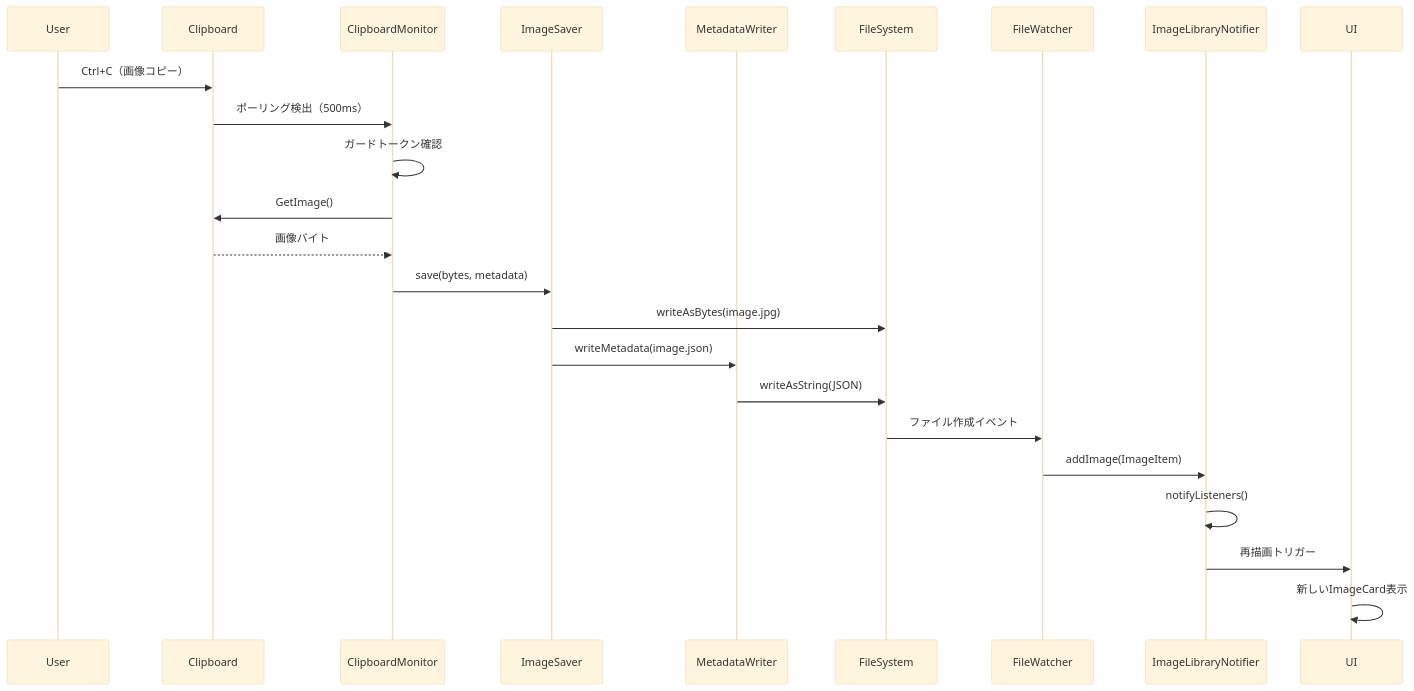
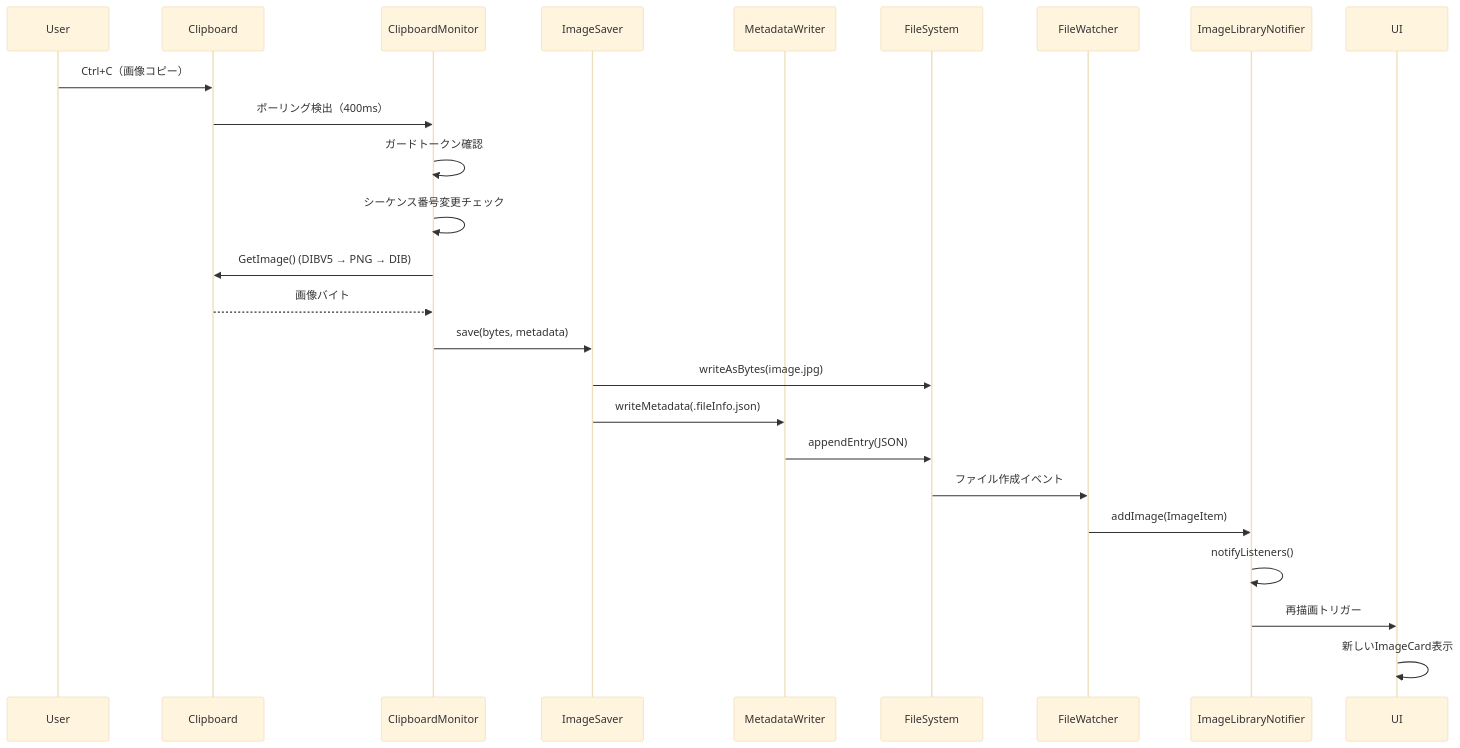
Before and after one commit to lietsee/clip-pix: the second of 11 diagrams in docs/architecture/data_flow.md, drawn with Mermaid (base theme). The commit also changed other lines of this file and 13 other files, not shown here.

````diff
--- a/docs/architecture/data_flow.md
+++ b/docs/architecture/data_flow.md
@@ -69,27 +90,28 @@
 ```mermaid
 sequenceDiagram
     participant User
     participant Clipboard
     participant CBM as ClipboardMonitor
     participant IS as ImageSaver
     participant MW as MetadataWriter
     participant FS as FileSystem
     participant FW as FileWatcher
     participant ILN as ImageLibraryNotifier
     participant UI
 
     User->>Clipboard: Ctrl+C（画像コピー）
-    Clipboard->>CBM: ポーリング検出（500ms）
+    Clipboard->>CBM: ポーリング検出（400ms）
     CBM->>CBM: ガードトークン確認
-    CBM->>Clipboard: GetImage()
+    CBM->>CBM: シーケンス番号変更チェック
+    CBM->>Clipboard: GetImage() (DIBV5 → PNG → DIB)
     Clipboard-->>CBM: 画像バイト
     CBM->>IS: save(bytes, metadata)
     IS->>FS: writeAsBytes(image.jpg)
-    IS->>MW: writeMetadata(image.json)
-    MW->>FS: writeAsString(JSON)
+    IS->>MW: writeMetadata(.fileInfo.json)
+    MW->>FS: appendEntry(JSON)
     FS->>FW: ファイル作成イベント
     FW->>ILN: addImage(ImageItem)
     ILN->>ILN: notifyListeners()
     ILN->>UI: 再描画トリガー
     UI->>UI: 新しいImageCard表示
 ```
````
